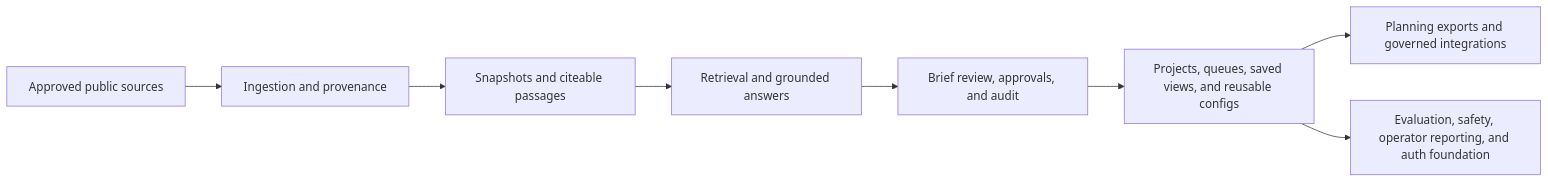
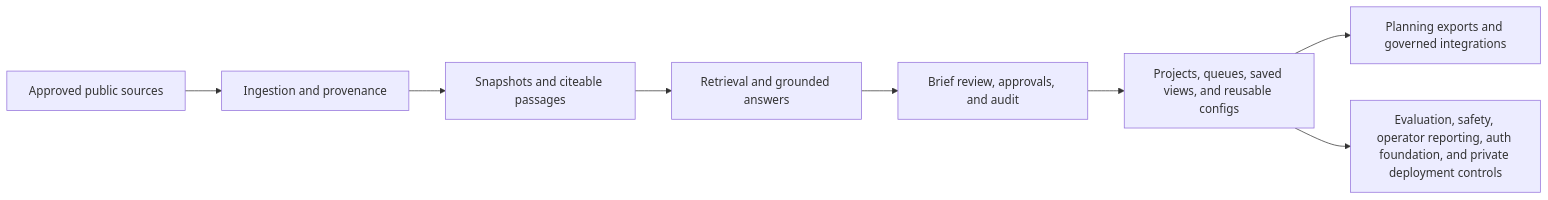
One commit to venkata-ramana/HealthForge changed the diagram in README.md. Above: the diagram before and after it, drawn with Mermaid. The commit also changed other lines of this file and 17 other files, not shown here.

````diff
--- a/README.md
+++ b/README.md
@@ -45,10 +45,10 @@
 ```mermaid
 flowchart LR
     A["Approved public sources"] --> B["Ingestion and provenance"]
     B --> C["Snapshots and citeable passages"]
     C --> D["Retrieval and grounded answers"]
     D --> E["Brief review, approvals, and audit"]
     E --> F["Projects, queues, saved views, and reusable configs"]
     F --> G["Planning exports and governed integrations"]
-    F --> H["Evaluation, safety, operator reporting, and auth foundation"]
+    F --> H["Evaluation, safety, operator reporting, auth foundation, and private deployment controls"]
 ```
````
